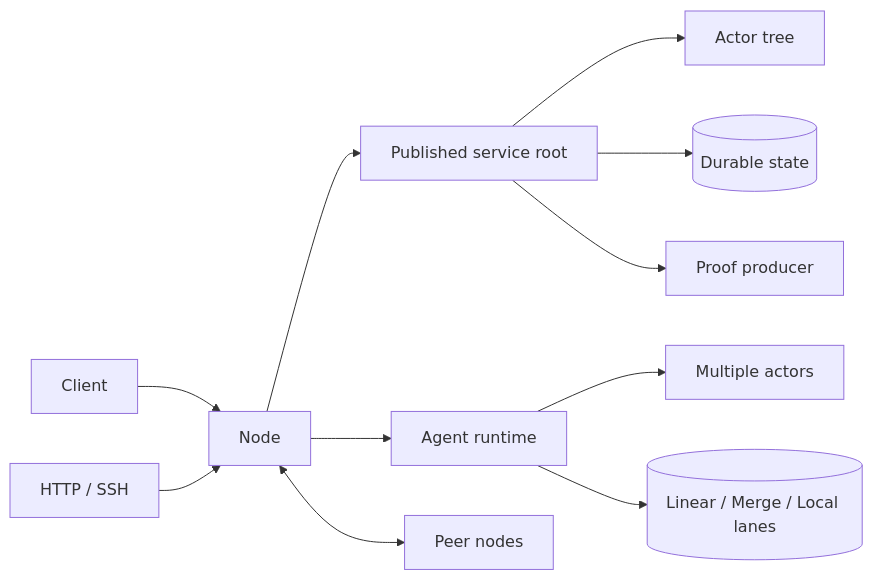
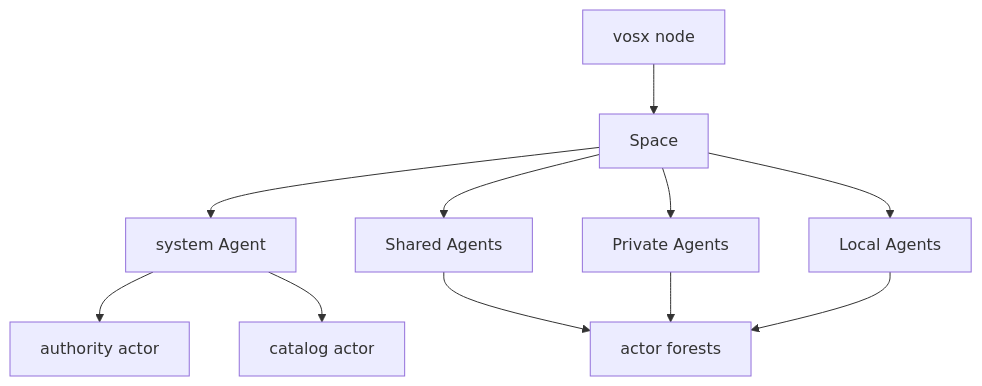
The diagram in README.md (virto-network/vos), drawn with Mermaid before and after one commit. The commit also changed other lines of this file and 4 other files, not shown here.

````diff
--- a/README.md
+++ b/README.md
@@ -7,13 +9,13 @@
 ```mermaid
-flowchart LR
-    C[Client] --> N[Node]
-    N --> R[Published service root]
-    N --> G[Agent runtime]
-    H[HTTP / SSH] --> N
-    R --> A[Actor tree]
-    G --> M[Multiple actors]
-    R --> S[(Durable state)]
-    G --> L[(Linear / Merge / Local lanes)]
-    N <--> P[Peer nodes]
-    R --> Q[Proof producer]
+flowchart TB
+    Node[vosx node] --> Space[Space]
+    Space --> System[system Agent]
+    System --> Authority[authority actor]
+    System --> Catalog[catalog actor]
+    Space --> Shared[Shared Agents]
+    Space --> Private[Private Agents]
+    Space --> Local[Local Agents]
+    Shared --> Actors[actor forests]
+    Private --> Actors
+    Local --> Actors
 ```
````
